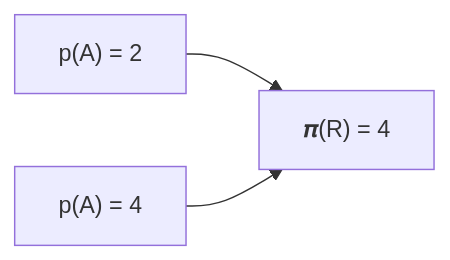
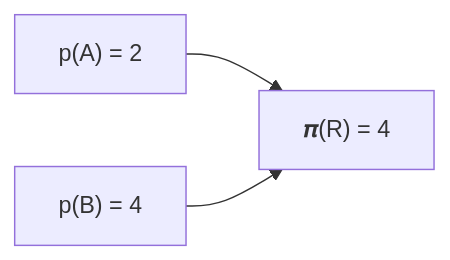
One commit to rtic-rs/rtic changed the diagram in book/en/src/preface.md. Above: the diagram before and after it, drawn with Mermaid.

Commit message:
Fix graph in preface.md example
Match up the graph's name for the task whose priority is 4 to its name in the preceding paragraph

````diff
--- a/book/en/src/preface.md
+++ b/book/en/src/preface.md
@@ -71,6 +71,6 @@
 ```mermaid
 graph LR
     A["p(A) = 2"] --> R
-    B["p(A) = 4"] --> R
+    B["p(B) = 4"] --> R
     R["𝝅(R) = 4"]
 ```
````
